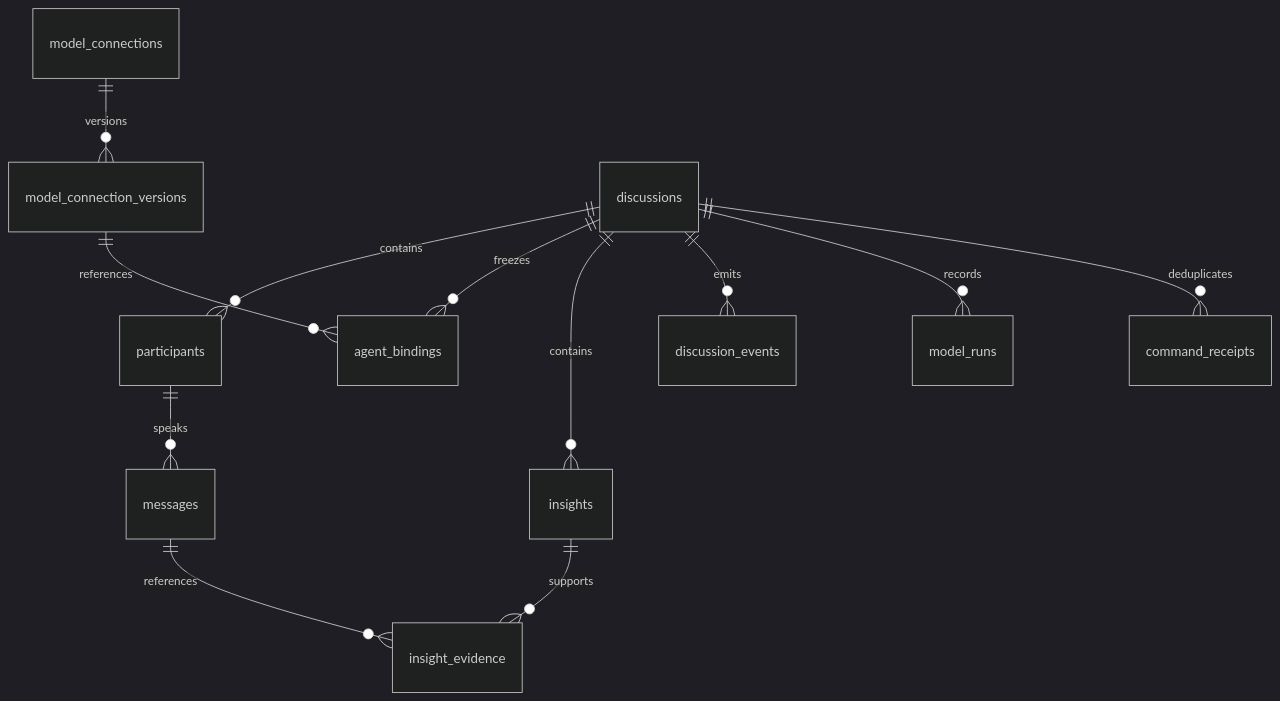
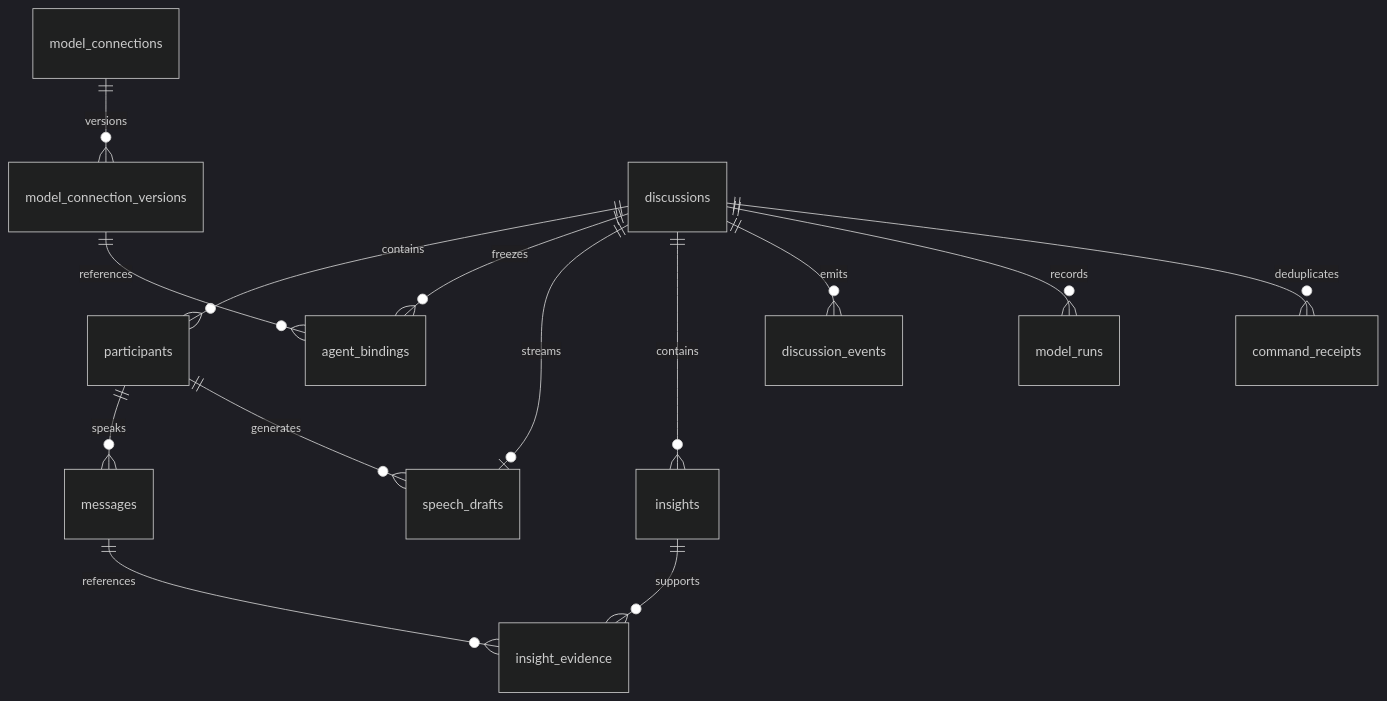
Before and after one commit to yuwang66666/panel-studio-roundtable: the diagram in docs/data-model.md, drawn with Mermaid (dark theme). The commit also changed other lines of this file and 29 other files, not shown here.

Commit message:
feat: stream participant speech with recoverable drafts

````diff
--- a/docs/data-model.md
+++ b/docs/data-model.md
@@ -3,14 +3,16 @@
 ```mermaid
 erDiagram
   model_connections ||--o{ model_connection_versions : versions
   discussions ||--o{ participants : contains
   discussions ||--o{ agent_bindings : freezes
   model_connection_versions ||--o{ agent_bindings : references
   participants ||--o{ messages : speaks
+  discussions ||--o| speech_drafts : streams
+  participants ||--o{ speech_drafts : generates
   discussions ||--o{ insights : contains
   insights ||--o{ insight_evidence : supports
   messages ||--o{ insight_evidence : references
   discussions ||--o{ discussion_events : emits
   discussions ||--o{ model_runs : records
   discussions ||--o{ command_receipts : deduplicates
 ```
````
